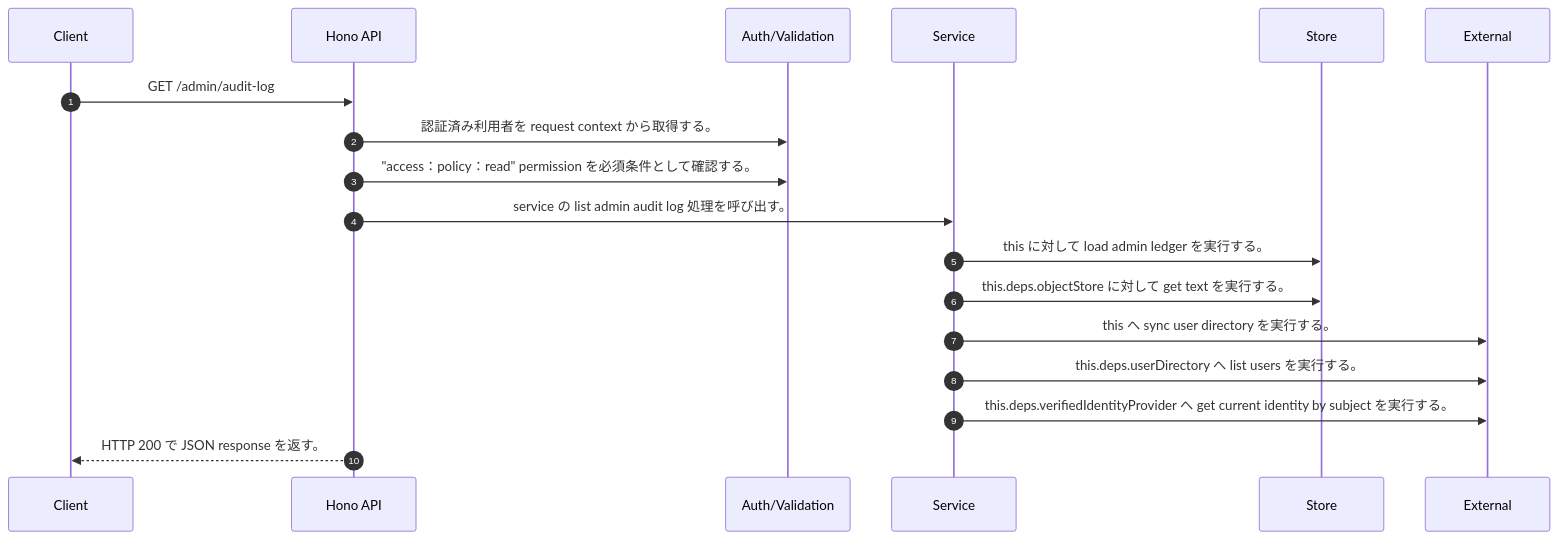
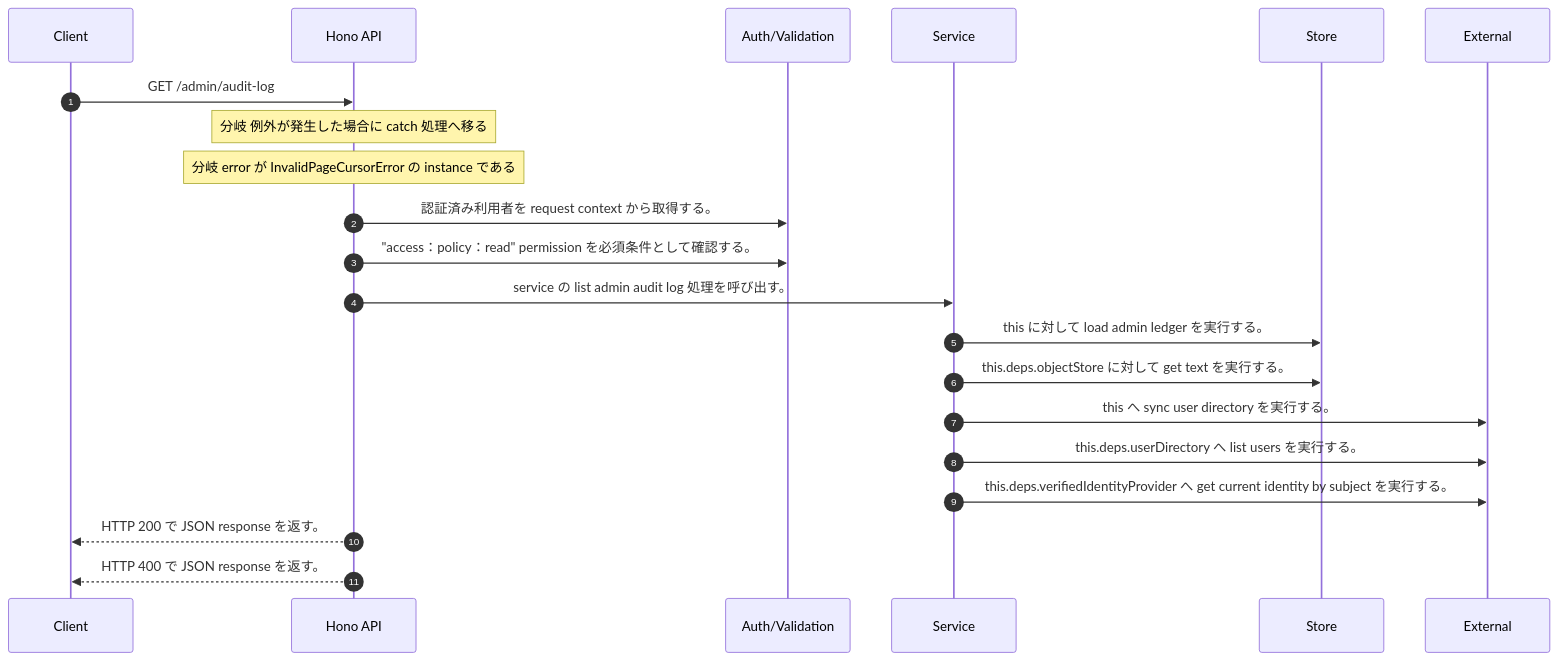
Before and after one commit to tsuji-tomonori/rag-assist: the diagram in docs/generated/api-code/get-admin-audit-log/sequence_gen.md, drawn with Mermaid. The commit also changed other lines of this file and 436 other files, not shown here.

````diff
--- a/docs/generated/api-code/get-admin-audit-log/sequence_gen.md
+++ b/docs/generated/api-code/get-admin-audit-log/sequence_gen.md
@@ -7,20 +7,23 @@
 ```mermaid
 sequenceDiagram
   autonumber
   participant Client as Client
   participant API as Hono API
   participant Auth as Auth/Validation
   participant Service as Service
   participant Store as Store
   participant External as External
   Client->>API: GET /admin/audit-log
+  Note over API: 分岐 例外が発生した場合に catch 処理へ移る
+  Note over API: 分岐 error が InvalidPageCursorError の instance である
   API->>Auth: 認証済み利用者を request context から取得する。
   API->>Auth: "access：policy：read" permission を必須条件として確認する。
   API->>Service: service の list admin audit log 処理を呼び出す。
   Service->>Store: this に対して load admin ledger を実行する。
   Service->>Store: this.deps.objectStore に対して get text を実行する。
   Service->>External: this へ sync user directory を実行する。
   Service->>External: this.deps.userDirectory へ list users を実行する。
   Service->>External: this.deps.verifiedIdentityProvider へ get current identity by subject を実行する。
   API-->>Client: HTTP 200 で JSON response を返す。
+  API-->>Client: HTTP 400 で JSON response を返す。
 ```
````
